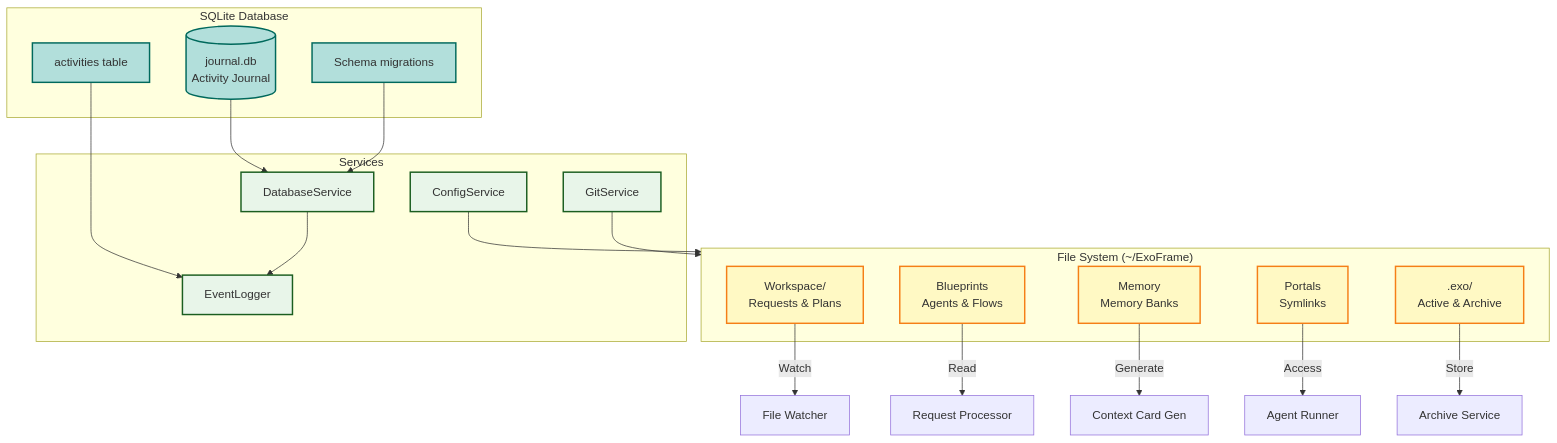
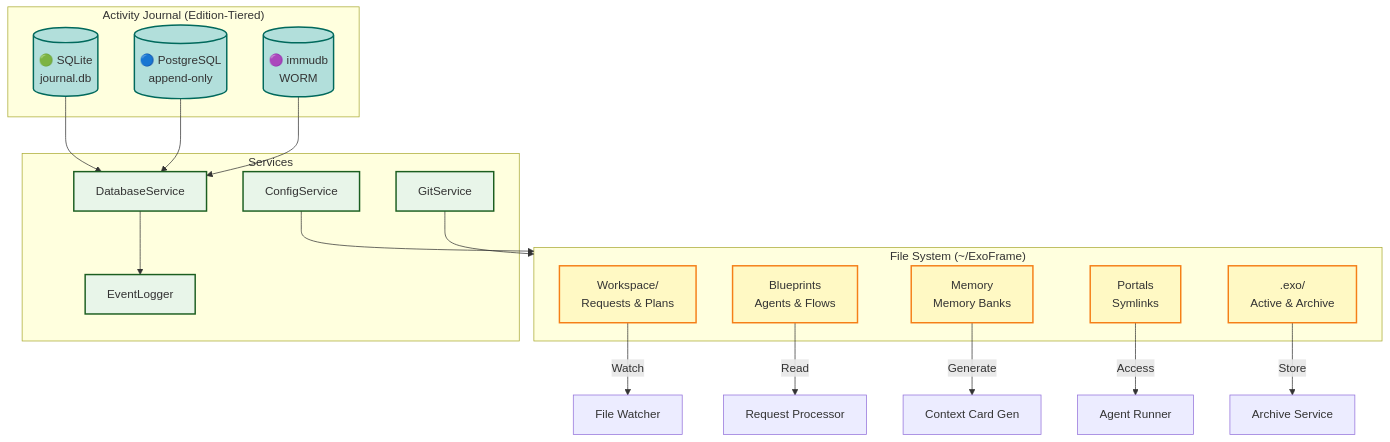
One commit to dostark/exaix-public changed the ninth of 17 diagrams in docs/dev/ExoFrame_Architecture.md. Above: the diagram before and after it, drawn with Mermaid. The commit also changed other lines of this file and 1 other file, not shown here.

First line of the commit message:
docs: Align Architecture with White Paper 2.0 and add Implementation Roadmap

````diff
--- a/docs/dev/ExoFrame_Architecture.md
+++ b/docs/dev/ExoFrame_Architecture.md
@@ -858,45 +917,44 @@
 ```mermaid
 graph TB
     subgraph FileSystem["File System (~/ExoFrame)"]
         Workspace["Workspace/<br/>Requests & Plans"]
         Blueprint["Blueprints<br/>Agents & Flows"]
         Memory["Memory<br/>Memory Banks"]
         Portals["Portals<br/>Symlinks"]
         Runtime[".exo/<br/>Active & Archive"]
     end
 
-    subgraph Database["SQLite Database"]
-        Journal[("journal.db<br/>Activity Journal")]
-        Activities["activities table"]
-        Schema["Schema migrations"]
+    subgraph Database["Activity Journal (Edition-Tiered)"]
+        Solo[("🟢 SQLite<br/>journal.db")]
+        Team[("🔵 PostgreSQL<br/>append-only")]
+        Enterprise[("🟣 immudb<br/>WORM")]
     end
 
     subgraph Services["Services"]
         DB["DatabaseService"]
         Event["EventLogger"]
         Config["ConfigService"]
         Git["GitService"]
     end
 
     Workspace -->|Watch| Watcher["File Watcher"]
     Blueprint -->|Read| ReqProc["Request Processor"]
     Memory -->|Generate| CtxCard["Context Card Gen"]
     Portals -->|Access| AgentRun["Agent Runner"]
     Runtime -->|Store| Archive["Archive Service"]
 
-    Journal --> DB
-    Activities --> Event
-    Schema --> DB
-
+    Solo --> DB
+    Team --> DB
+    Enterprise --> DB
     DB --> Event
     Config --> FileSystem
     Git --> FileSystem
 
     classDef storage fill:#fff9c4,stroke:#f57f17,stroke-width:2px
     classDef db fill:#b2dfdb,stroke:#00695c,stroke-width:2px
     classDef service fill:#e8f5e9,stroke:#1b5e20,stroke-width:2px
 
     class Workspace,Blueprint,Memory,Portals,Runtime storage
-    class Journal,Activities,Schema db
+    class Solo,Team,Enterprise db
     class DB,Event,Config,Git service
 ```
````
